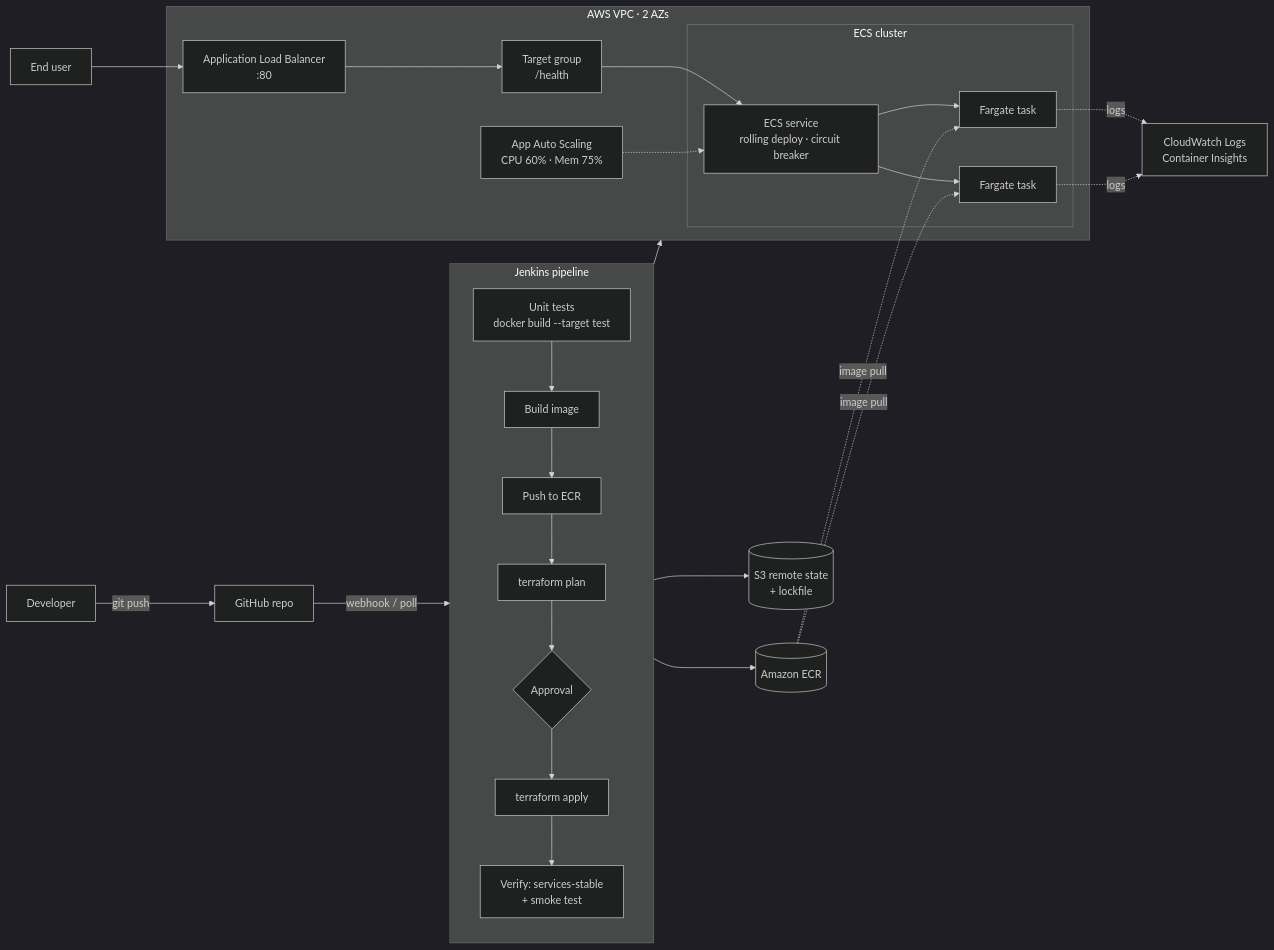
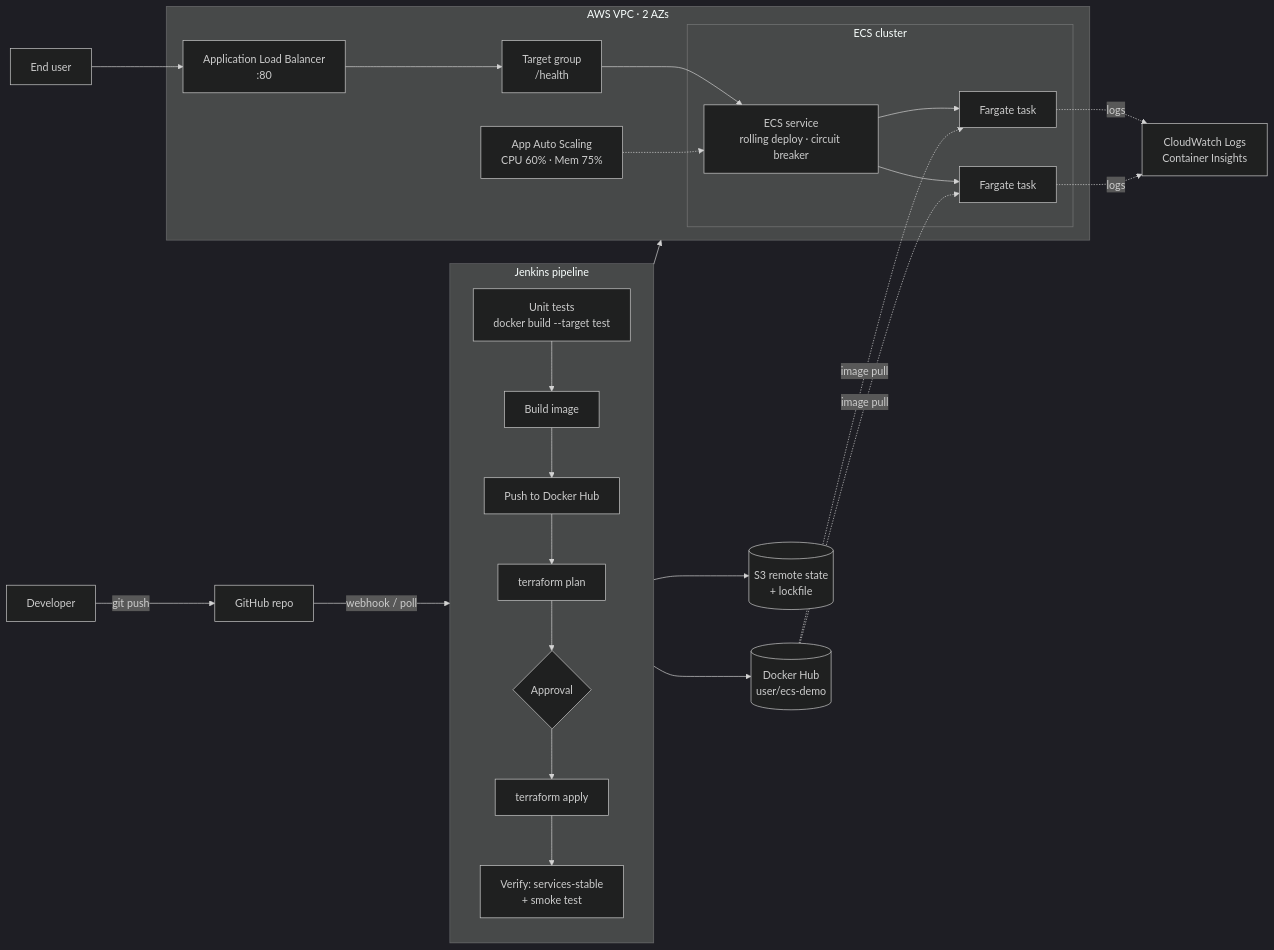
The diagram in README.md (amodarivindu/containerized-application-deploymenet-using-iac), drawn with Mermaid (dark theme) before and after one commit. The commit also changed other lines of this file and 14 other files, not shown here.

````diff
--- a/README.md
+++ b/README.md
@@ -7,33 +7,33 @@
 ```mermaid
 flowchart LR
     dev[Developer] -->|git push| gh[GitHub repo]
     gh -->|webhook / poll| jenkins
 
     subgraph jenkins[Jenkins pipeline]
         direction TB
         t[Unit tests<br/>docker build --target test] --> b[Build image]
-        b --> p[Push to ECR]
+        b --> p[Push to Docker Hub]
         p --> plan[terraform plan]
         plan --> ok{Approval}
         ok --> apply[terraform apply]
         apply --> v[Verify: services-stable<br/>+ smoke test]
     end
 
-    p --> ecr[(Amazon ECR)]
+    p --> hub[(Docker Hub<br/>user/ecs-demo)]
     apply --> state[(S3 remote state<br/>+ lockfile)]
 
     subgraph aws[AWS VPC · 2 AZs]
         alb[Application Load Balancer<br/>:80] --> tg[Target group<br/>/health]
         tg --> svc
         subgraph ecs[ECS cluster]
             svc[ECS service<br/>rolling deploy · circuit breaker] --> t1[Fargate task]
             svc --> t2[Fargate task]
         end
         asg[App Auto Scaling<br/>CPU 60% · Mem 75%] -.-> svc
     end
 
     apply --> aws
-    ecr -.image pull.-> t1 & t2
+    hub -.image pull.-> t1 & t2
     t1 & t2 -.logs.-> cw[CloudWatch Logs<br/>Container Insights]
     user[End user] --> alb
 ```
````
